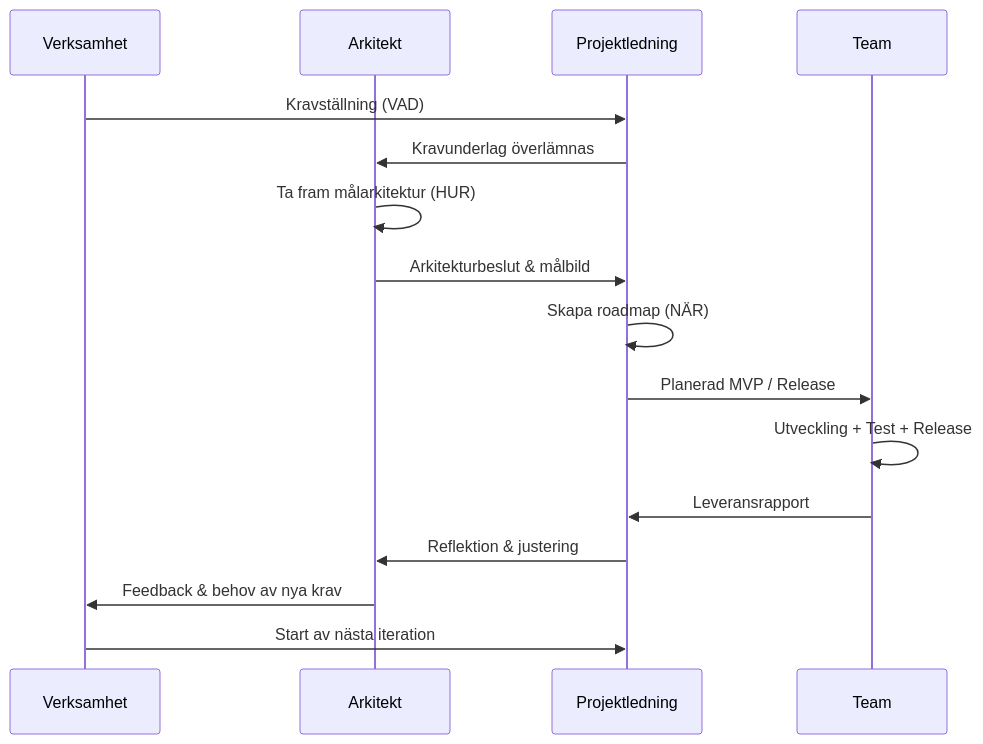
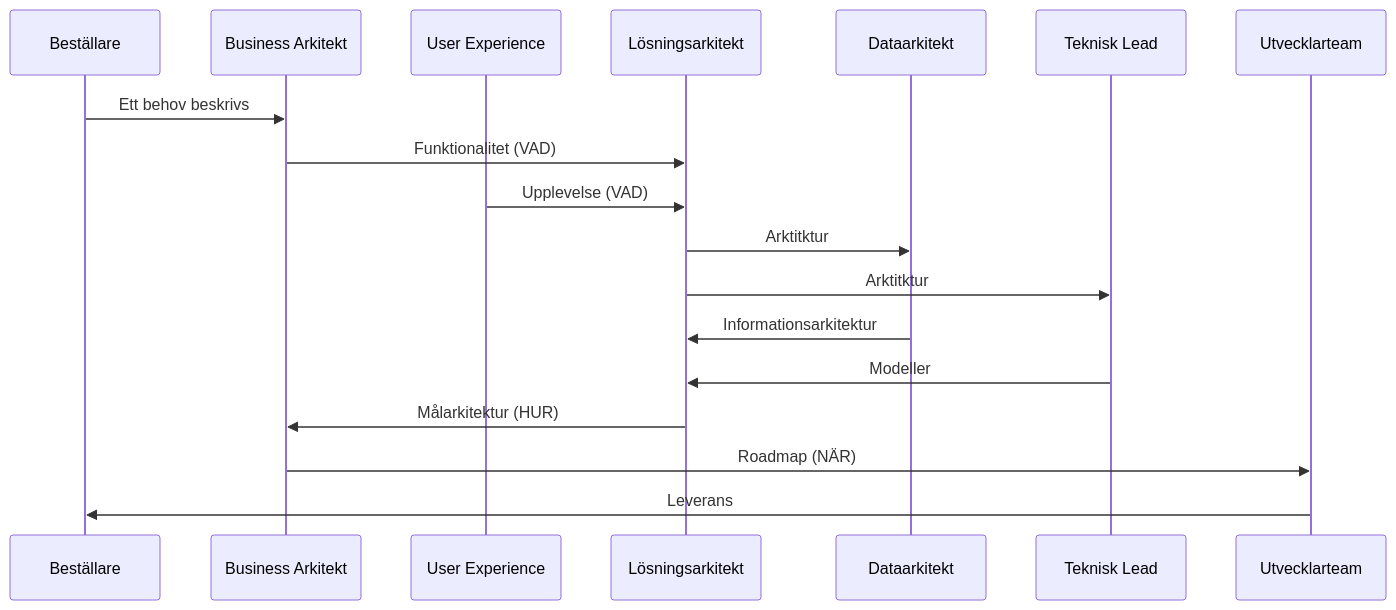
One commit to Riniga/valuestream-os changed the diagram in docs/processes/Process_sequence.md. Above: the diagram before and after it, drawn with Mermaid. The commit also changed other lines of this file and 3 other files, not shown here.

````diff
--- a/docs/processes/Process_sequence.md
+++ b/docs/processes/Process_sequence.md
@@ -3,19 +5,28 @@
 ```mermaid
 sequenceDiagram
-    participant V as Verksamhet
-    participant A as Arkitekt
-    participant P as Projektledning
-    participant T as Team
+    participant B as Beställare
+    participant BA as Business Arkitekt
+    participant UX as User Experience
 
-    V->>P: Kravställning (VAD)
-    P->>A: Kravunderlag överlämnas
-    A->>A: Ta fram målarkitektur (HUR)
-    A->>P: Arkitekturbeslut & målbild
-    P->>P: Skapa roadmap (NÄR)
-    P->>T: Planerad MVP / Release
-    T->>T: Utveckling + Test + Release
-    T->>P: Leveransrapport
-    P->>A: Reflektion & justering
-    A->>V: Feedback & behov av nya krav
-    V->>P: Start av nästa iteration
+    participant LA as Lösningsarkitekt
+    participant DA as Dataarkitekt
+
+    participant TL as Teknisk Lead
+
+    participant U as Utvecklarteam
+
+    B->>BA: Ett behov beskrivs
+    BA->>LA: Funktionalitet (VAD)
+    UX->>LA: Upplevelse (VAD)
+    LA->>DA: Arktitktur
+
+    LA->>TL: Arktitktur
+    DA->>LA: Informationsarkitektur
+    TL->>LA: Modeller
+
+    LA->>BA: Målarkitektur (HUR)
+
+    BA->>U: Roadmap (NÄR)
+    U->>B: Leverans
+
 ```
````
